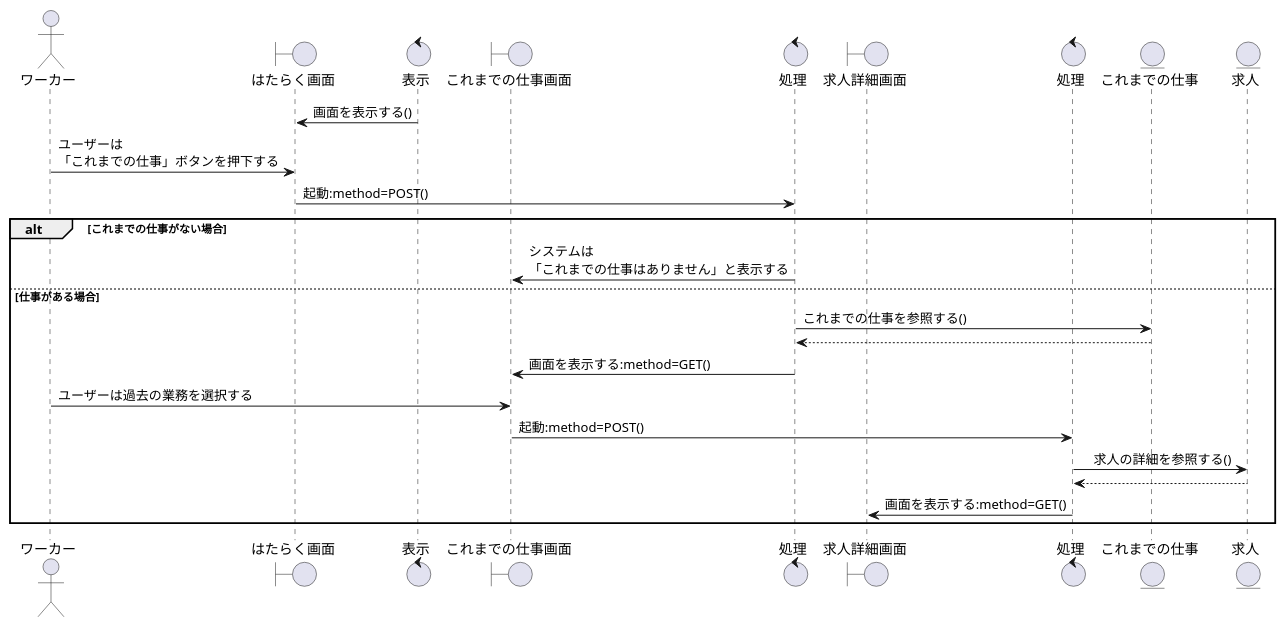
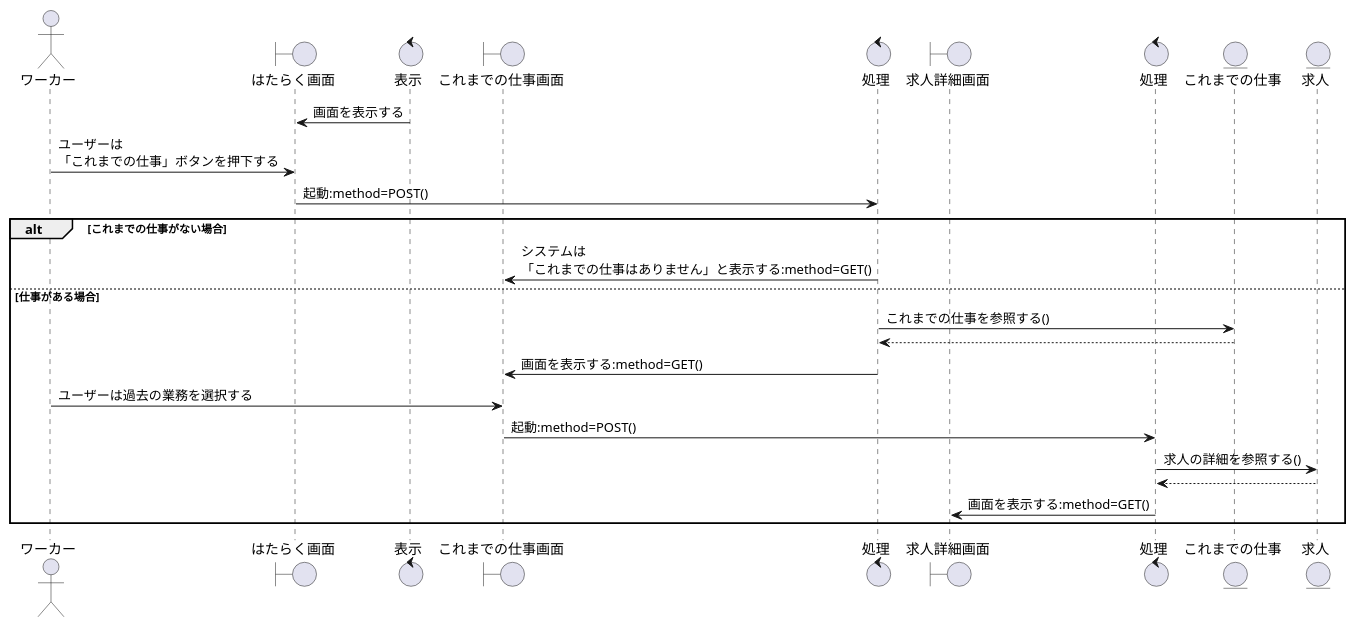
One commit to irukacb256/high_Me changed the diagram in sequence_fig/5_work_fn/2_過去の業務と報酬を閲覧する.pu. Above: the diagram before and after it, drawn with PlantUML. The commit also changed 21 other files, not shown here.

```diff
--- a/sequence_fig/5_work_fn/2_過去の業務と報酬を閲覧する.pu
+++ b/sequence_fig/5_work_fn/2_過去の業務と報酬を閲覧する.pu
@@ -1,31 +1,31 @@
 @startuml 過去の業務と報酬を閲覧する
 ' 1
 actor ワーカー as wo1
 boundary はたらく画面 as wk1
 control 表示 as co1
 boundary これまでの仕事画面 as ks1
 control 処理 as co2
 boundary 求人詳細画面 as jd1
 control 処理 as co3
 
 entity これまでの仕事 as aj1
 entity 求人 as jb1
 ' 2
-co1 -> wk1 : 画面を表示する()
+co1 -> wk1 : 画面を表示する
 wo1 -> wk1 : ユーザーは\n「これまでの仕事」ボタンを押下する
 wk1 -> co2 : 起動:method=POST()
 
 alt これまでの仕事がない場合
-    co2 -> ks1 : システムは\n「これまでの仕事はありません」と表示する
+    co2 -> ks1 : システムは\n「これまでの仕事はありません」と表示する:method=GET()
 else 仕事がある場合
     co2 -> aj1 : これまでの仕事を参照する()
     co2 <-- aj1
     co2 -> ks1 : 画面を表示する:method=GET()
     wo1 -> ks1 : ユーザーは過去の業務を選択する
     ks1 -> co3 : 起動:method=POST()
-    co3 -> jb1 :　求人の詳細を参照する()
+    co3 -> jb1 : 求人の詳細を参照する()
     co3 <-- jb1
     co3 -> jd1 : 画面を表示する:method=GET()
 end
 
 @enduml
```
